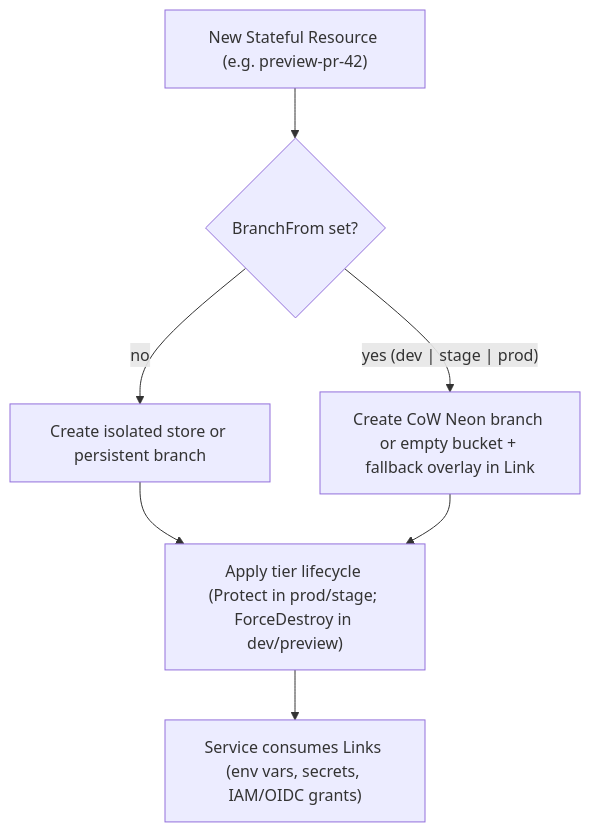
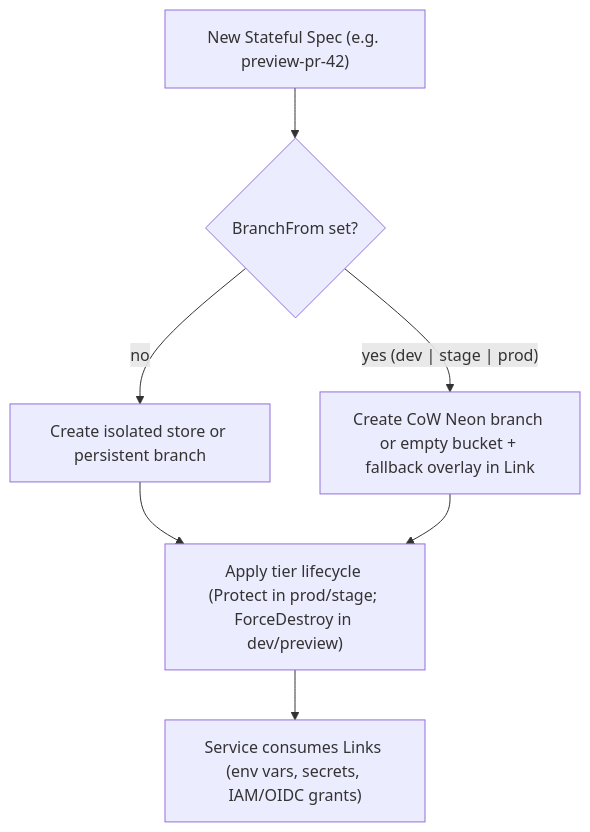
Before and after one commit to cloudvoyant/openbase: the second of 2 diagrams in docs/architecture/resources.md, drawn with Mermaid. The commit also changed other lines of this file and 104 other files, not shown here.

````diff
--- a/docs/architecture/resources.md
+++ b/docs/architecture/resources.md
@@ -55,9 +55,9 @@
 ```mermaid
 flowchart TD
-  NewEnv["New Stateful Resource (e.g. preview-pr-42)"] --> CheckBranch{"BranchFrom set?"}
+  NewEnv["New Stateful Spec (e.g. preview-pr-42)"] --> CheckBranch{"BranchFrom set?"}
   CheckBranch -->|"no"| CreateIsolated["Create isolated store or persistent branch"]
   CheckBranch -->|"yes (dev | stage | prod)"| Branch["Create CoW Neon branch or empty bucket + fallback overlay in Link"]
   CreateIsolated --> Lifecycle["Apply tier lifecycle (Protect in prod/stage; ForceDestroy in dev/preview)"]
   Branch --> Lifecycle
   Lifecycle --> Bind["Service consumes Links (env vars, secrets, IAM/OIDC grants)"]
 ```
````
